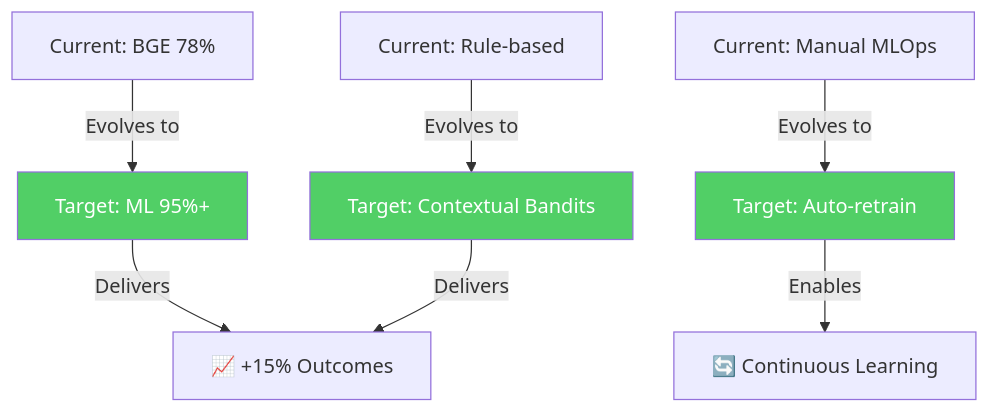
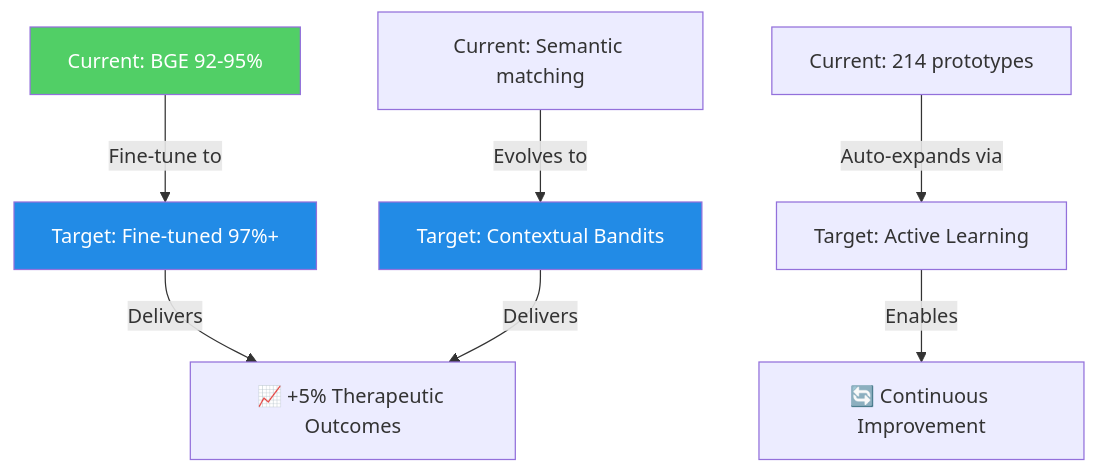
The tenth of 11 diagrams in docs/INVESTOR_OVERVIEW.md (asq-sheriff/SHOWCASE_REPO-Therapeutic_AI_Companion), drawn with Mermaid before and after one commit. The commit also changed other lines of this file and 7 other files, not shown here.

First line of the commit message:
docs: Sync all documentation with current state and accelerated roadmap

````diff
--- a/docs/INVESTOR_OVERVIEW.md
+++ b/docs/INVESTOR_OVERVIEW.md
@@ -536,24 +545,24 @@
 ```mermaid
 flowchart TD
-    C1["Current: BGE 78%"]
-    C2["Current: Rule-based"]
-    C3["Current: Manual MLOps"]
+    C1["Current: BGE 92-95%"]
+    C2["Current: Semantic matching"]
+    C3["Current: 214 prototypes"]
 
-    T1["Target: ML 95%+"]
+    T1["Target: Fine-tuned 97%+"]
     T2["Target: Contextual Bandits"]
-    T3["Target: Auto-retrain"]
+    T3["Target: Active Learning"]
 
-    I1["📈 +15% Outcomes"]
-    I2["🔄 Continuous Learning"]
+    I1["📈 +5% Therapeutic Outcomes"]
+    I2["🔄 Continuous Improvement"]
 
-    C1 -->|"Evolves to"| T1
+    C1 -->|"Fine-tune to"| T1
     C2 -->|"Evolves to"| T2
-    C3 -->|"Evolves to"| T3
+    C3 -->|"Auto-expands via"| T3
     T1 -->|"Delivers"| I1
     T2 -->|"Delivers"| I1
     T3 -->|"Enables"| I2
 
-    style T1 fill:#51cf66,color:#fff
-    style T2 fill:#51cf66,color:#fff
-    style T3 fill:#51cf66,color:#fff
+    style C1 fill:#51cf66,color:#fff
+    style T1 fill:#228be6,color:#fff
+    style T2 fill:#228be6,color:#fff
 ```
````
